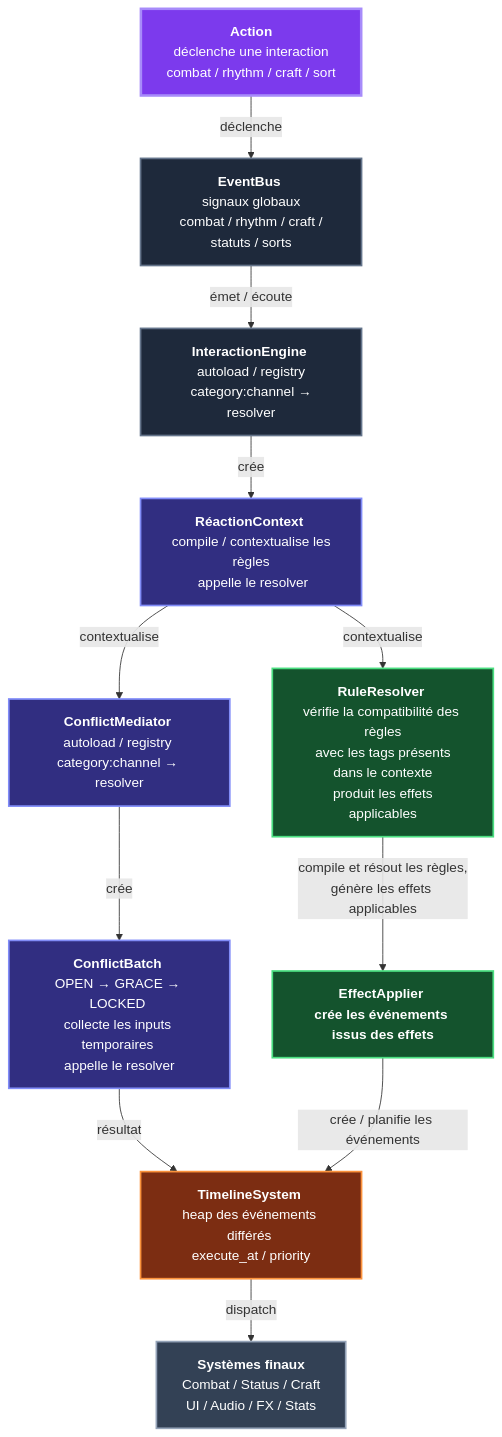
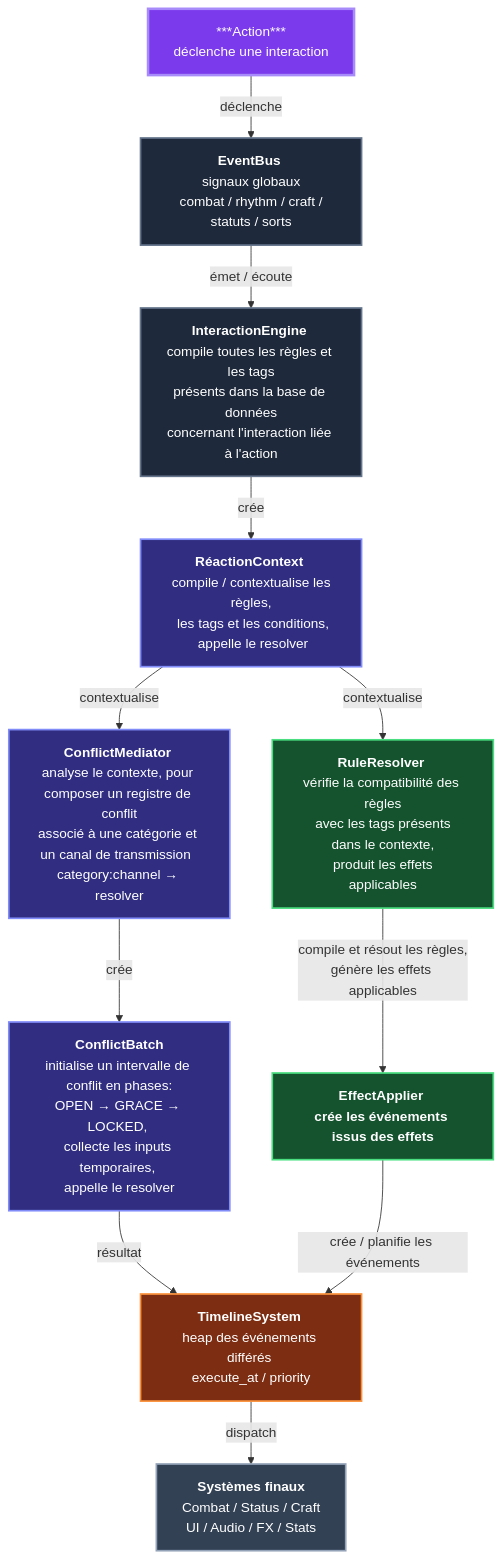
The diagram in README.md (PonchioPi/CrossTrinity), drawn with Mermaid before and after one commit.

Commit message:
Update README.md
Etoffement du diagramme pour une meilleure lecture.

````diff
--- a/README.md
+++ b/README.md
@@ -173,71 +173,74 @@
 ```mermaid
 flowchart TD 
 
-ACT["<b>Action</b> 
-déclenche une interaction
- combat / rhythm / craft / sort"] 
+ACT["***Action*** 
+déclenche une interaction"] 
 
 EB["<b>EventBus</b> 
 signaux globaux
  combat / rhythm / craft / statuts / sorts"] 
 
 IE["<b>InteractionEngine</b> 
-autoload / registry
- category:channel → resolver"]
+compile toutes les règles et les tags
+présents dans la base de données
+concernant l'interaction liée à l'action"]
 
 RC["<b>RéactionContext</b> 
- compile / contextualise les règles
+ compile / contextualise les règles,
+ les tags et les conditions,
  appelle le resolver"] 
 
 RR["<b>RuleResolver</b> 
 vérifie la compatibilité des règles
- avec les tags présents dans le contexte
+ avec les tags présents dans le contexte,
  produit les effets applicables"] 
 
 CM["<b>ConflictMediator</b> 
-autoload / registry 
+analyse le contexte, pour composer un registre de conflit
+associé à une catégorie et un canal de transmission  
 category:channel → resolver"] 
 
-CB["<b>ConflictBatch</b> 
-OPEN → GRACE → LOCKED 
-collecte les inputs temporaires 
+CB["<b>ConflictBatch</b>
+initialise un intervalle de conflit en phases:
+OPEN → GRACE → LOCKED, 
+collecte les inputs temporaires, 
 appelle le resolver"] 
 
 EA["<b>EffectApplier</> 
 crée les événements issus des effets"] 
 
 TS["<b>TimelineSystem</b> 
 heap des événements différés 
 execute_at / priority"] 
 
 OUT["<b>Systèmes finaux</b>
 Combat / Status / Craft 
 UI / Audio / FX / Stats"] 
 
 ACT -->|"déclenche"| EB 
 
 EB -->|"émet / écoute"| IE 
 
 IE -->|"crée"| RC 
 
 RC -->|"contextualise"| CM 
 RC -->|"contextualise"| RR 
 RR -->|"compile et résout les règles,
 génère les effets applicables"| EA 
 CM -->|"crée"| CB 
 CB -->|"résultat"| TS 
 EA -->|"crée / planifie les événements"| TS 
 TS -->|"dispatch"| OUT 
 classDef action fill:#7c3aed,color:#fff,stroke:#a78bfa,stroke-width:3px 
 classDef core fill:#1e293b,color:#fff,stroke:#64748b,stroke-width:2px 
 classDef context fill:#312e81,color:#fff,stroke:#818cf8,stroke-width:2px 
 classDef resolver fill:#14532d,color:#fff,stroke:#4ade80,stroke-width:2px 
 classDef timeline fill:#7c2d12,color:#fff,stroke:#fb923c,stroke-width:2px 
 classDef output fill:#334155,color:#fff,stroke:#94a3b8,stroke-width:2px 
 class ACT action; 
 class EB,IE core; 
 class RC,CM,CB context; 
 class RR,EA resolver;
 class TS timeline;
 class OUT output;
 ```
````
